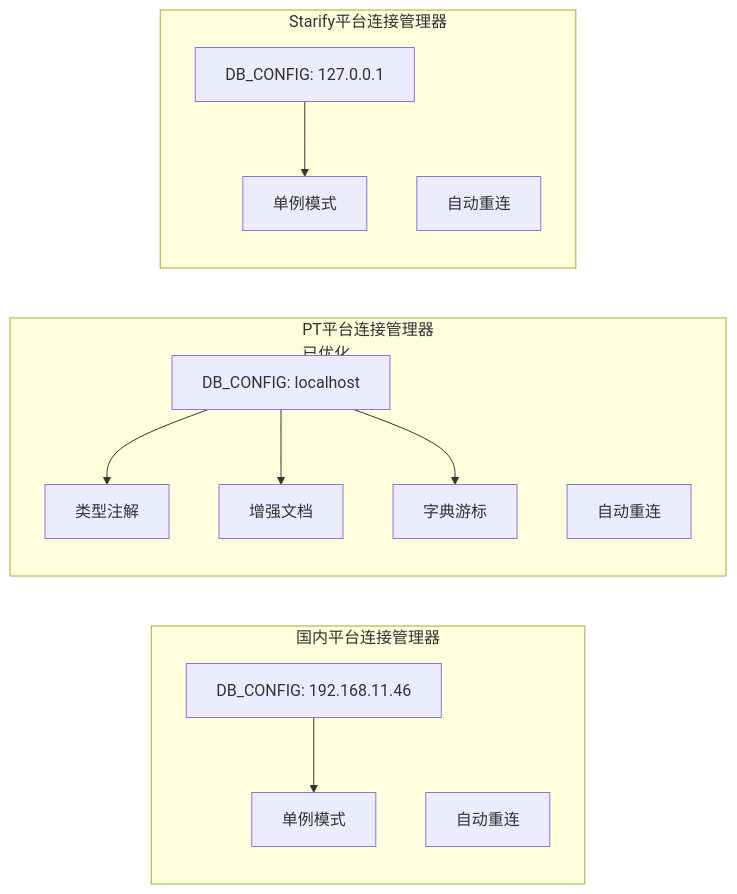
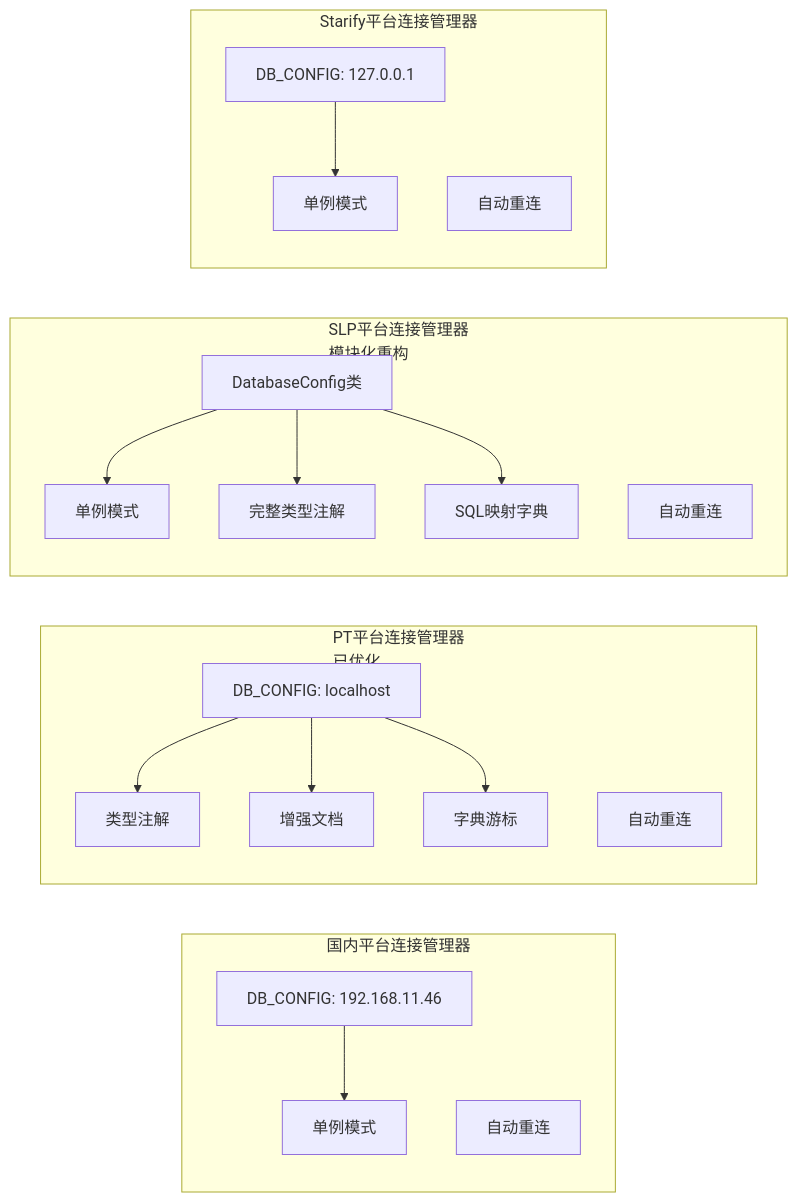
The seventh of 17 diagrams in .qoder/repowiki/zh/content/数据库管理/MySQL连接管理.md (liximing1-ola/qa-payTest), drawn with Mermaid before and after one commit. The commit also changed other lines of this file and 6 other files, not shown here.

````diff
--- a/.qoder/repowiki/zh/content/数据库管理/MySQL连接管理.md
+++ b/.qoder/repowiki/zh/content/数据库管理/MySQL连接管理.md
@@ -294,25 +295,35 @@
 ```mermaid
 graph LR
 subgraph "国内平台连接管理器"
 DOM_CONFIG[DB_CONFIG: 192.168.11.46]
 DOM_SINGLE[单例模式]
 DOM_RECONNECT[自动重连]
 end
 subgraph "PT平台连接管理器<br/>已优化"
 PT_CONFIG[DB_CONFIG: localhost]
 PT_TYPED_ANNOTATIONS[类型注解]
 PT_ENHANCED_DOCS[增强文档]
 PT_DICT_CURSOR[字典游标]
 PT_RECONNECT[自动重连]
 end
+subgraph "SLP平台连接管理器<br/>模块化重构"
+SLP_DATABASE_CONFIG[DatabaseConfig类]
+SLP_SINGLETON[单例模式]
+SLP_TYPE_ANNOTATIONS[完整类型注解]
+SLP_SQL_MAPPING[SQL映射字典]
+SLP_RECONNECT[自动重连]
+end
 subgraph "Starify平台连接管理器"
 STAR_CONFIG[DB_CONFIG: 127.0.0.1]
 STAR_SINGLE[单例模式]
 STAR_RECONNECT[自动重连]
 end
 DOM_CONFIG --> DOM_SINGLE
 PT_CONFIG --> PT_TYPED_ANNOTATIONS
 PT_CONFIG --> PT_ENHANCED_DOCS
 PT_CONFIG --> PT_DICT_CURSOR
+SLP_DATABASE_CONFIG --> SLP_SINGLETON
+SLP_DATABASE_CONFIG --> SLP_TYPE_ANNOTATIONS
+SLP_DATABASE_CONFIG --> SLP_SQL_MAPPING
 STAR_CONFIG --> STAR_SINGLE
 ```
````
